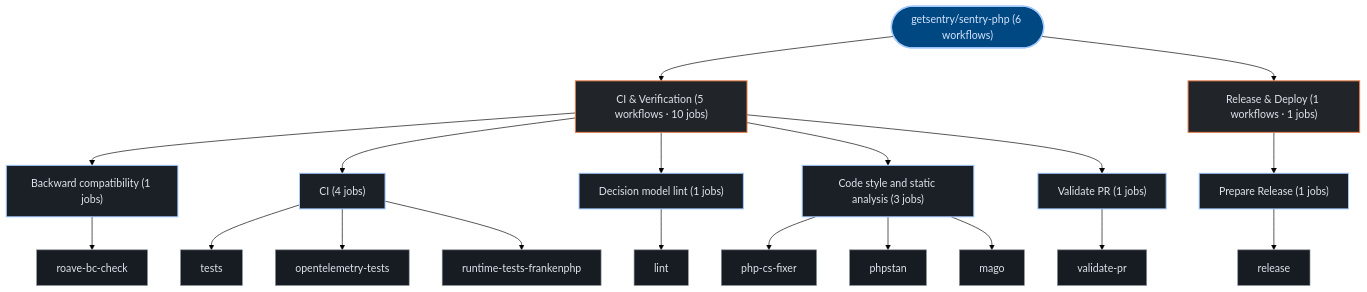
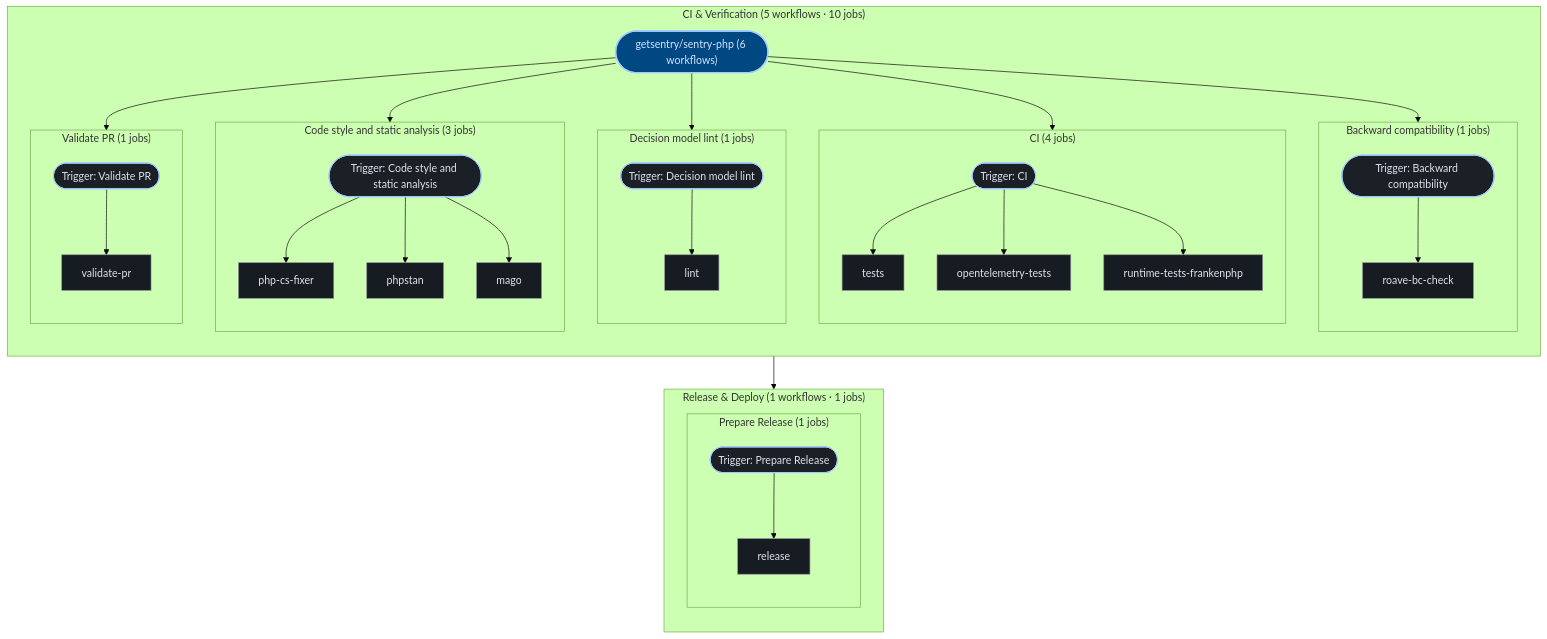
Before and after one commit to kumarshaz/atruss-code-atlas: the third of 3 diagrams in exports/latest/reports/getsentry-sentry-php-report.md, drawn with Mermaid (forest theme). The commit also changed 181 other files, not shown here.

````diff
--- a/exports/latest/reports/getsentry-sentry-php-report.md
+++ b/exports/latest/reports/getsentry-sentry-php-report.md
@@ -216,47 +216,67 @@
 ```mermaid
 graph TD;
   classDef atlasRoot fill:#004882,stroke:#a3c9ff,stroke-width:2px,color:#d3e4ff
   classDef atlasCategory fill:#212428,stroke:#E87A48,stroke-width:1.5px,color:#dfe3eb
   classDef atlasWorkflow fill:#1b2026,stroke:#a3c9ff,stroke-width:1.5px,color:#dfe3eb
   classDef atlasJob fill:#171c22,stroke:#8d9199,stroke-width:1px,color:#dfe3eb
   classDef atlasTarget fill:#005227,stroke:#8bd99b,stroke-width:1.5px,color:#a7f6b6
   classDef atlasAlert fill:#93000a,stroke:#ffb4ab,stroke-width:1.5px,color:#ffdad6
   classDef atlasMore fill:#252a31,stroke:#8d9199,stroke-dasharray:4 4,color:#c3c6cf
   pipeline_root(["getsentry/sentry-php (6 workflows)"]):::atlasRoot
-  grp_0_CI___Verification["CI & Verification (5 workflows · 10 jobs)"]:::atlasCategory
-  pipeline_root --> grp_0_CI___Verification
-  wf_0_Backward_compatibility["Backward compatibility (1 jobs)"]:::atlasWorkflow
-  grp_0_CI___Verification --> wf_0_Backward_compatibility
-  job_0_roave_bc_check["roave-bc-check"]:::atlasJob
-  wf_0_Backward_compatibility --> job_0_roave_bc_check
-  wf_1_CI["CI (4 jobs)"]:::atlasWorkflow
-  grp_0_CI___Verification --> wf_1_CI
-  job_1_tests["tests"]:::atlasJob
-  job_1_opentelemetry_tests["opentelemetry-tests"]:::atlasJob
-  job_1_runtime_tests_frankenphp["runtime-tests-frankenphp"]:::atlasJob
-  wf_1_CI --> job_1_tests
-  wf_1_CI --> job_1_opentelemetry_tests
-  wf_1_CI --> job_1_runtime_tests_frankenphp
-  wf_2_Decision_model_lint["Decision model lint (1 jobs)"]:::atlasWorkflow
-  grp_0_CI___Verification --> wf_2_Decision_model_lint
-  job_2_lint["lint"]:::atlasJob
-  wf_2_Decision_model_lint --> job_2_lint
-  wf_4_Code_style_and_static_analysis["Code style and static analysis (3 jobs)"]:::atlasWorkflow
-  grp_0_CI___Verification --> wf_4_Code_style_and_static_analysis
-  job_4_php_cs_fixer["php-cs-fixer"]:::atlasJob
-  job_4_phpstan["phpstan"]:::atlasJob
-  job_4_mago["mago"]:::atlasJob
-  wf_4_Code_style_and_static_analysis --> job_4_php_cs_fixer
-  wf_4_Code_style_and_static_analysis --> job_4_phpstan
-  wf_4_Code_style_and_static_analysis --> job_4_mago
-  wf_5_Validate_PR["Validate PR (1 jobs)"]:::atlasWorkflow
-  grp_0_CI___Verification --> wf_5_Validate_PR
-  job_5_validate_pr["validate-pr"]:::atlasJob
-  wf_5_Validate_PR --> job_5_validate_pr
-  grp_1_Release___Deploy["Release & Deploy (1 workflows · 1 jobs)"]:::atlasCategory
-  pipeline_root --> grp_1_Release___Deploy
-  wf_3_Prepare_Release["Prepare Release (1 jobs)"]:::atlasWorkflow
-  grp_1_Release___Deploy --> wf_3_Prepare_Release
-  job_3_release["release"]:::atlasJob
-  wf_3_Prepare_Release --> job_3_release
+  subgraph sg_grp_0_CI___Verification["CI & Verification (5 workflows · 10 jobs)"]
+    direction TB
+    subgraph sg_wf_0_Backward_compatibility["Backward compatibility (1 jobs)"]
+      direction TB
+      wf_0_Backward_compatibility(["Trigger: Backward compatibility"]):::atlasWorkflow
+      job_0_roave_bc_check["roave-bc-check"]:::atlasJob
+      wf_0_Backward_compatibility --> job_0_roave_bc_check
+    end
+    pipeline_root --> wf_0_Backward_compatibility
+    subgraph sg_wf_1_CI["CI (4 jobs)"]
+      direction TB
+      wf_1_CI(["Trigger: CI"]):::atlasWorkflow
+      job_1_tests["tests"]:::atlasJob
+      job_1_opentelemetry_tests["opentelemetry-tests"]:::atlasJob
+      job_1_runtime_tests_frankenphp["runtime-tests-frankenphp"]:::atlasJob
+      wf_1_CI --> job_1_tests
+      wf_1_CI --> job_1_opentelemetry_tests
+      wf_1_CI --> job_1_runtime_tests_frankenphp
+    end
+    pipeline_root --> wf_1_CI
+    subgraph sg_wf_2_Decision_model_lint["Decision model lint (1 jobs)"]
+      direction TB
+      wf_2_Decision_model_lint(["Trigger: Decision model lint"]):::atlasWorkflow
+      job_2_lint["lint"]:::atlasJob
+      wf_2_Decision_model_lint --> job_2_lint
+    end
+    pipeline_root --> wf_2_Decision_model_lint
+    subgraph sg_wf_4_Code_style_and_static_analysis["Code style and static analysis (3 jobs)"]
+      direction TB
+      wf_4_Code_style_and_static_analysis(["Trigger: Code style and static analysis"]):::atlasWorkflow
+      job_4_php_cs_fixer["php-cs-fixer"]:::atlasJob
+      job_4_phpstan["phpstan"]:::atlasJob
+      job_4_mago["mago"]:::atlasJob
+      wf_4_Code_style_and_static_analysis --> job_4_php_cs_fixer
+      wf_4_Code_style_and_static_analysis --> job_4_phpstan
+      wf_4_Code_style_and_static_analysis --> job_4_mago
+    end
+    pipeline_root --> wf_4_Code_style_and_static_analysis
+    subgraph sg_wf_5_Validate_PR["Validate PR (1 jobs)"]
+      direction TB
+      wf_5_Validate_PR(["Trigger: Validate PR"]):::atlasWorkflow
+      job_5_validate_pr["validate-pr"]:::atlasJob
+      wf_5_Validate_PR --> job_5_validate_pr
+    end
+    pipeline_root --> wf_5_Validate_PR
+  end
+  subgraph sg_grp_1_Release___Deploy["Release & Deploy (1 workflows · 1 jobs)"]
+    direction TB
+    subgraph sg_wf_3_Prepare_Release["Prepare Release (1 jobs)"]
+      direction TB
+      wf_3_Prepare_Release(["Trigger: Prepare Release"]):::atlasWorkflow
+      job_3_release["release"]:::atlasJob
+      wf_3_Prepare_Release --> job_3_release
+    end
+    pipeline_root --> wf_3_Prepare_Release
+  end
 ```
````
